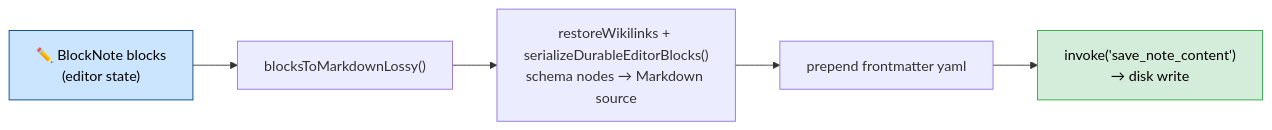
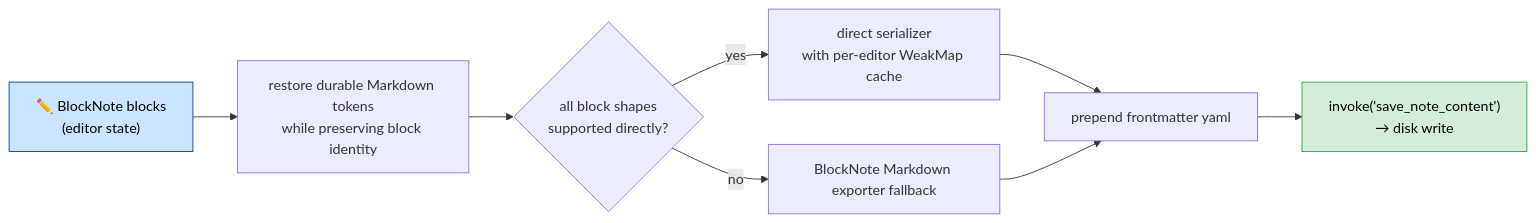
The third of 3 diagrams in docs/ABSTRACTIONS.md (aimeritething/Fuwa), drawn with Mermaid before and after one commit. The commit also changed other lines of this file and 49 other files, not shown here.

````diff
--- a/docs/ABSTRACTIONS.md
+++ b/docs/ABSTRACTIONS.md
@@ -714,10 +735,13 @@
 ```mermaid
 flowchart LR
-    A["✏️ BlockNote blocks\n(editor state)"] --> B["blocksToMarkdownLossy()"]
-    B --> C["restoreWikilinks + serializeDurableEditorBlocks()\nschema nodes → Markdown source"]
-    C --> D["prepend frontmatter yaml"]
-    D --> E["invoke('save_note_content')\n→ disk write"]
+    A["✏️ BlockNote blocks\n(editor state)"] --> B["restore durable Markdown tokens\nwhile preserving block identity"]
+    B --> C{"all block shapes\nsupported directly?"}
+    C -->|"yes"| D["direct serializer\nwith per-editor WeakMap cache"]
+    C -->|"no"| E["BlockNote Markdown exporter fallback"]
+    D --> F["prepend frontmatter yaml"]
+    E --> F
+    F --> G["invoke('save_note_content')\n→ disk write"]
 
     style A fill:#cce5ff,stroke:#004085,color:#000
-    style E fill:#d4edda,stroke:#28a745,color:#000
+    style G fill:#d4edda,stroke:#28a745,color:#000
 ```
````
